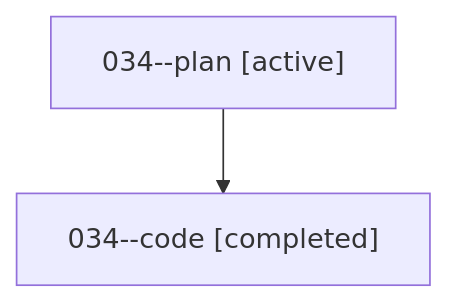
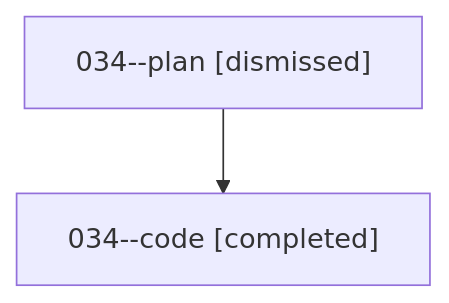
The diagram in sessions/bbugyi200.athena.034.md (sase-org/sase--agents), drawn with Mermaid before and after one commit. The commit also changed other lines of this file and 30 other files, not shown here.

````diff
--- a/sessions/bbugyi200.athena.034.md
+++ b/sessions/bbugyi200.athena.034.md
@@ -9,6 +9,6 @@
 ```mermaid
 flowchart TD
-  n0["034--plan [active]"]
+  n0["034--plan [dismissed]"]
   n1["034--code [completed]"]
   n0 --> n1
 ```
````
